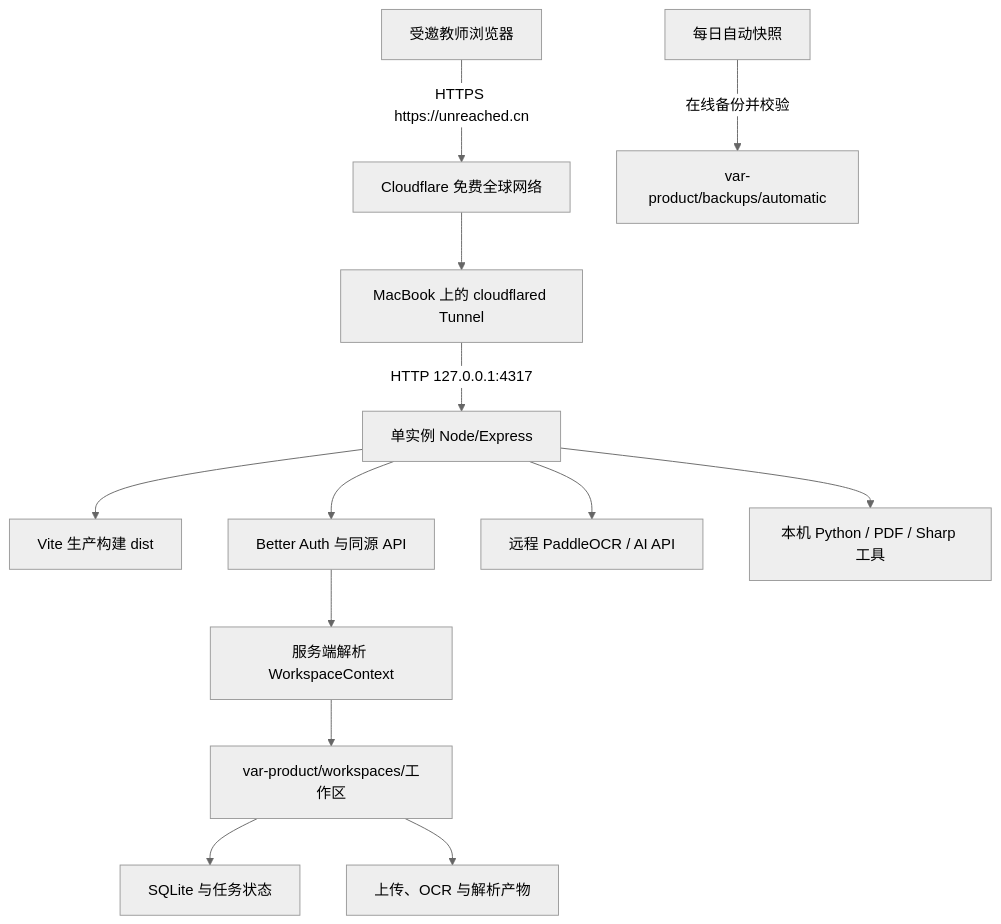
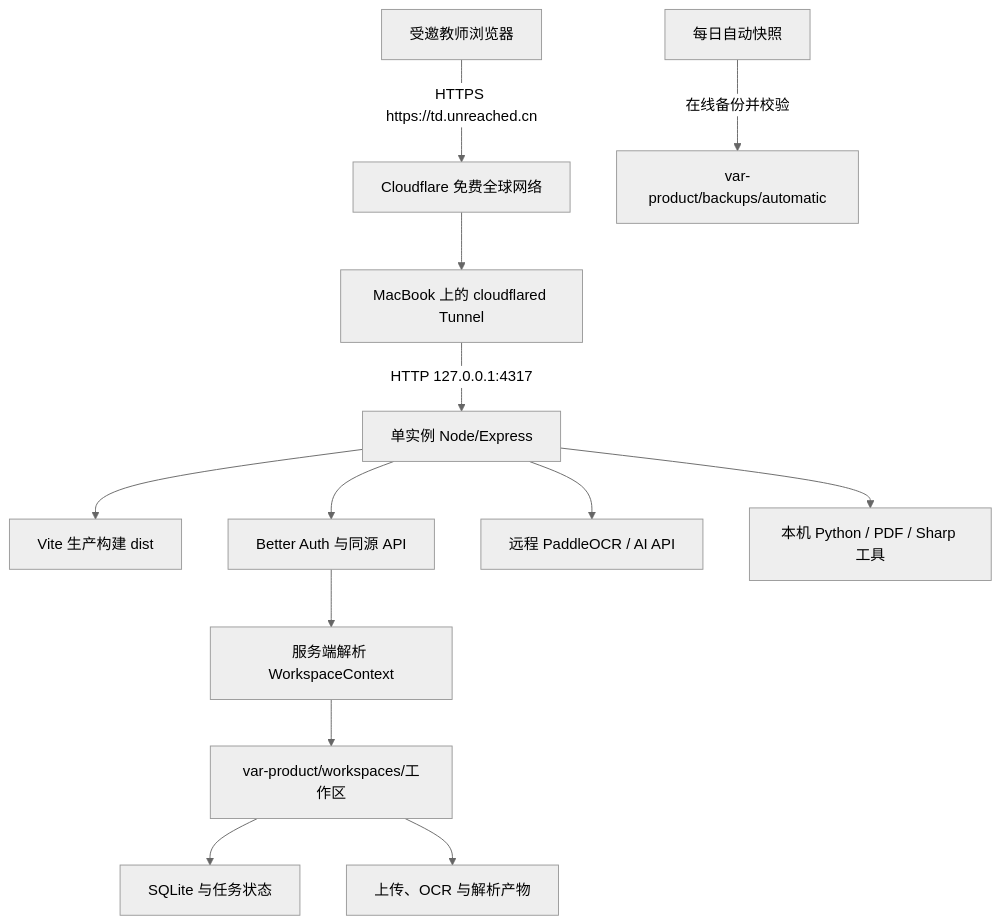
Before and after one commit to CXC0515/demo: the diagram in docs/WEB_PUBLIC_TRIAL_DEPLOYMENT_PLAN.md, drawn with Mermaid (neutral theme). The commit also changed other lines of this file and 2 other files, not shown here.

````diff
--- a/docs/WEB_PUBLIC_TRIAL_DEPLOYMENT_PLAN.md
+++ b/docs/WEB_PUBLIC_TRIAL_DEPLOYMENT_PLAN.md
@@ -61,15 +65,15 @@
 ```mermaid
 flowchart TD
-    U[受邀教师浏览器] -->|HTTPS https://unreached.cn| C[Cloudflare 免费全球网络]
+    U[受邀教师浏览器] -->|HTTPS https://td.unreached.cn| C[Cloudflare 免费全球网络]
     C --> T[MacBook 上的 cloudflared Tunnel]
     T -->|HTTP 127.0.0.1:4317| E[单实例 Node/Express]
     E --> F[Vite 生产构建 dist]
     E --> A[Better Auth 与同源 API]
     A --> W[服务端解析 WorkspaceContext]
     W --> D[var-product/workspaces/工作区]
     D --> S[SQLite 与任务状态]
     D --> X[上传、OCR 与解析产物]
     E --> R[远程 PaddleOCR / AI API]
     E --> L[本机 Python / PDF / Sharp 工具]
     B[每日自动快照] -->|在线备份并校验| K[var-product/backups/automatic]
 ```
````
